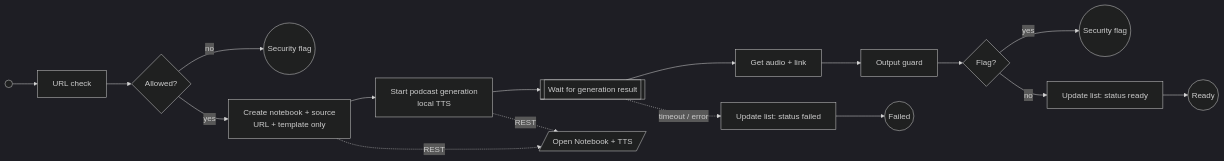
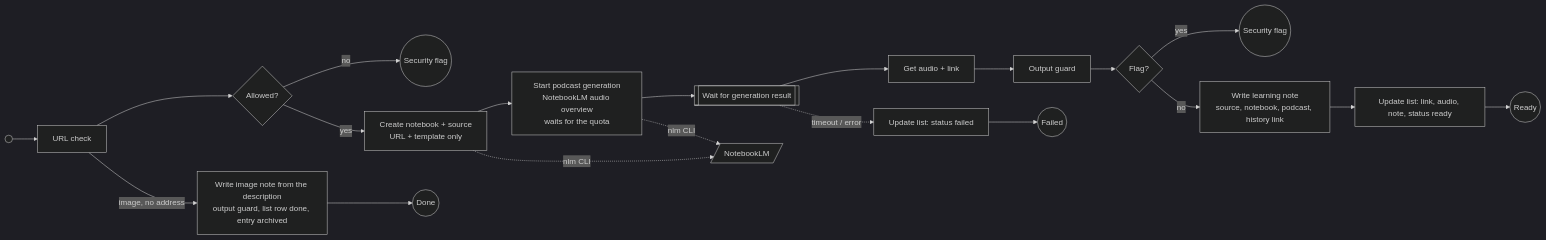
The diagram in docs/process/process-learning-material.md (zskreisz01/pkpipe), drawn with Mermaid (dark theme) before and after one commit. The commit also changed other lines of this file and 83 other files, not shown here.

Commit message:
feat(results): learning notes and result indexes in the vault, NotebookLM-only with quota handling, image description notes, auto-pass for detector-only holds (spec 032)

````diff
--- a/docs/process/process-learning-material.md
+++ b/docs/process/process-learning-material.md
@@ -12,12 +12,13 @@
 ```mermaid
 flowchart LR
     s(( )) --> url[URL check] --> g1{Allowed?}
+    url -- image, no address --> img[Write image note from the description<br/>output guard, list row done, entry archived] --> idone((Done))
     g1 -- no --> f1((Security flag))
-    g1 -- yes --> cr[Create notebook + source<br/>URL + template only] --> gen[Start podcast generation<br/>local TTS] --> w[[Wait for generation result]]
+    g1 -- yes --> cr[Create notebook + source<br/>URL + template only] --> gen[Start podcast generation<br/>NotebookLM audio overview<br/>waits for the quota] --> w[[Wait for generation result]]
     w --> get[Get audio + link] --> og[Output guard] --> g2{Flag?}
     g2 -- yes --> f2((Security flag))
-    g2 -- no --> upd[Update list: status ready] --> ok((Ready))
+    g2 -- no --> note[Write learning note<br/>source, notebook, podcast, history link] --> upd[Update list: link, audio, note, status ready] --> ok((Ready))
     w -. timeout / error .-> fl[Update list: status failed] --> fe((Failed))
-    cr -. REST .-> B[/Open Notebook + TTS/]
-    gen -. REST .-> B
+    cr -. nlm CLI .-> B[/NotebookLM/]
+    gen -. nlm CLI .-> B
 ```
````
